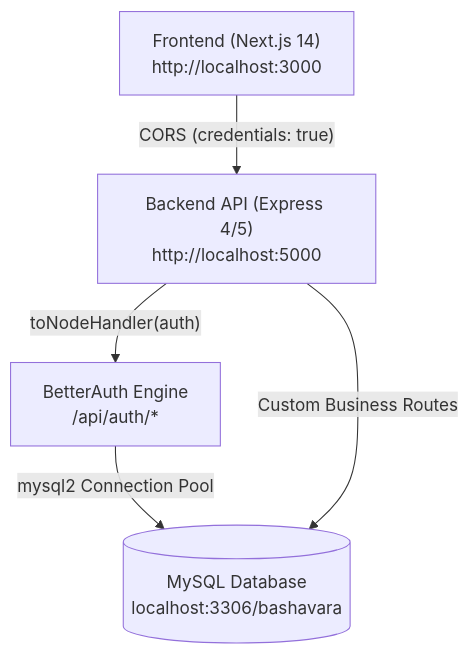
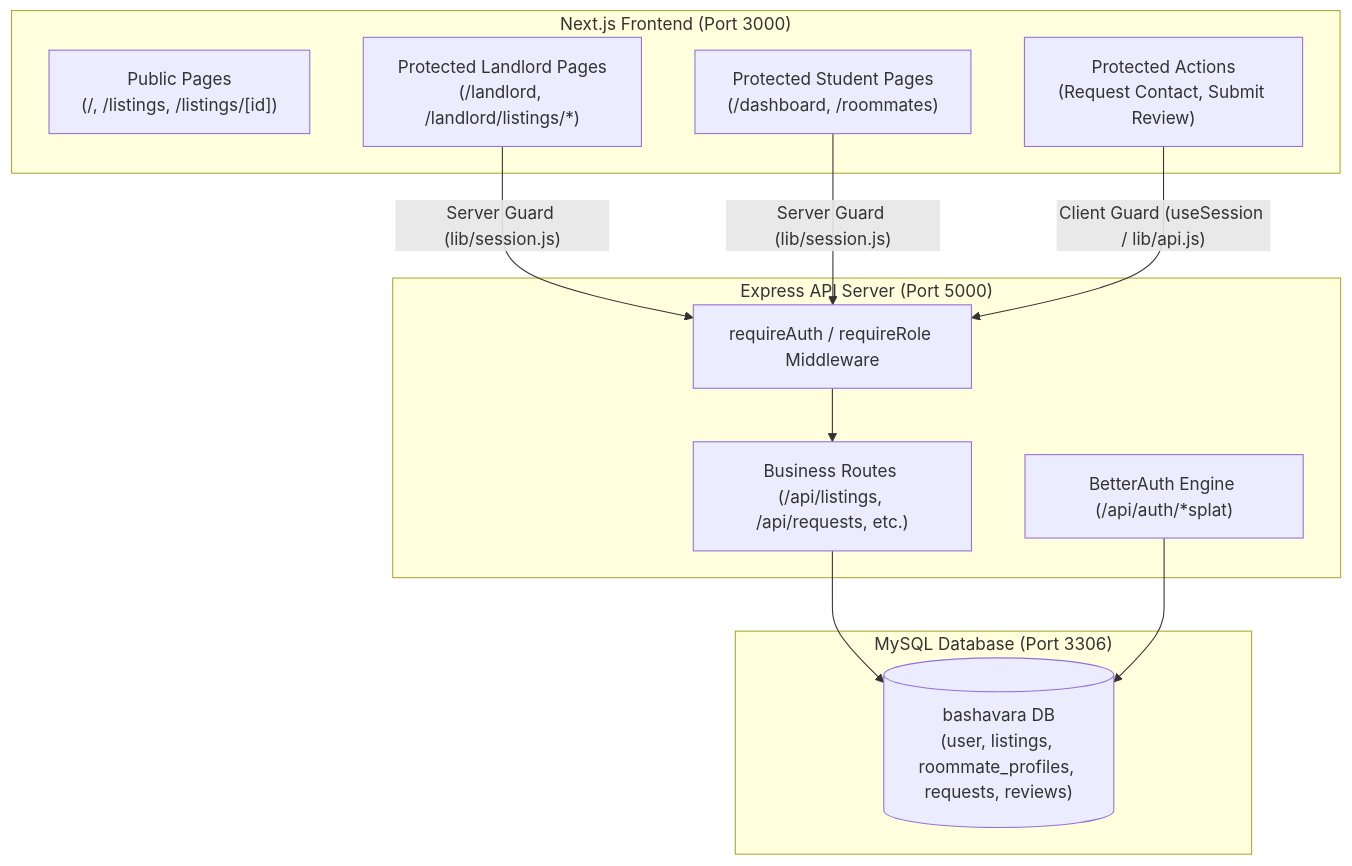
The diagram in explanation.md (TanvirHassan-official/Bashavara), drawn with Mermaid before and after one commit. The commit also changed other lines of this file and 14 other files, not shown here.

Commit message:
Route protection, Database schema

````diff
--- a/explanation.md
+++ b/explanation.md
@@ -9,12 +9,26 @@
 ```mermaid
 graph TD
-    Client["Frontend (Next.js 14)<br/>http://localhost:3000"]
-    API["Backend API (Express 4/5)<br/>http://localhost:5000"]
-    BetterAuth["BetterAuth Engine<br/>/api/auth/*"]
-    MySQL[("MySQL Database<br/>localhost:3306/bashavara")]
+    subgraph Frontend ["Next.js Frontend (Port 3000)"]
+        PublicPages["Public Pages<br/>(/, /listings, /listings/[id])"]
+        ProtectedStudent["Protected Student Pages<br/>(/dashboard, /roommates)"]
+        ProtectedLandlord["Protected Landlord Pages<br/>(/landlord, /landlord/listings/*)"]
+        ProtectedAction["Protected Actions<br/>(Request Contact, Submit Review)"]
+    end
 
-    Client -->|"CORS (credentials: true)"| API
-    API -->|"toNodeHandler(auth)"| BetterAuth
-    BetterAuth -->|"mysql2 Connection Pool"| MySQL
-    API -->|"Custom Business Routes"| MySQL
+    subgraph Backend ["Express API Server (Port 5000)"]
+        AuthMw["requireAuth / requireRole Middleware"]
+        BetterAuth["BetterAuth Engine (/api/auth/*splat)"]
+        BusinessRoutes["Business Routes (/api/listings, /api/requests, etc.)"]
+    end
+
+    subgraph Database ["MySQL Database (Port 3306)"]
+        DB[("bashavara DB<br/>(user, listings, roommate_profiles, requests, reviews)")]
+    end
+
+    ProtectedLandlord -->|"Server Guard (lib/session.js)"| AuthMw
+    ProtectedStudent -->|"Server Guard (lib/session.js)"| AuthMw
+    ProtectedAction -->|"Client Guard (useSession / lib/api.js)"| AuthMw
+    AuthMw --> BusinessRoutes
+    BusinessRoutes --> DB
+    BetterAuth --> DB
 ```
````
